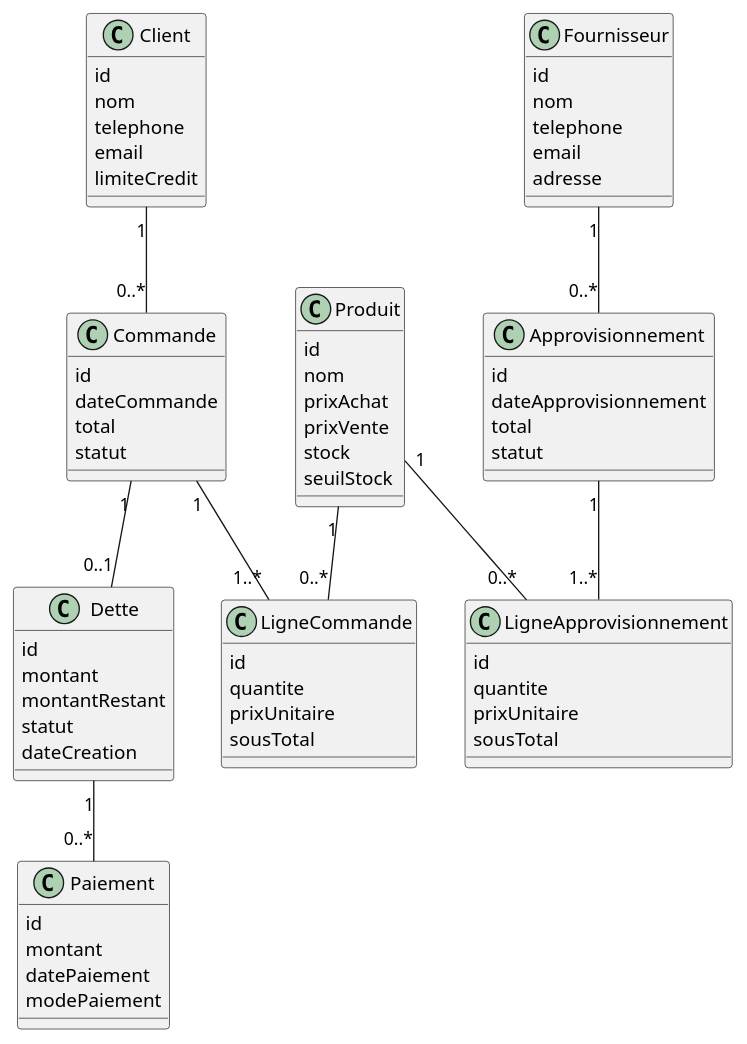
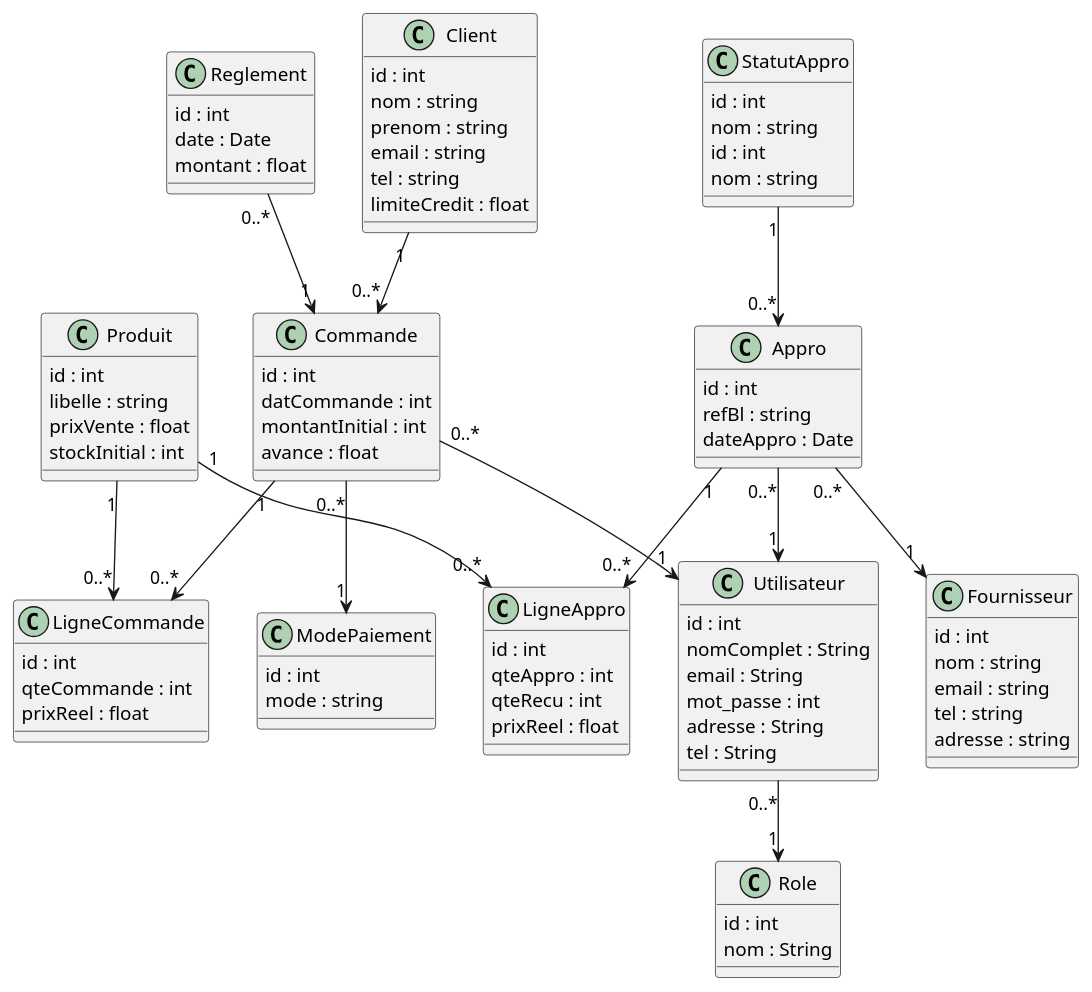
One commit to 123mouhametba123-blip/STORE_MANAGER_PRO changed the diagram in docs/diagrammeClasse.puml. Above: the diagram before and after it, drawn with PlantUML.

Commit message:
docs(uml): ajout des diagrammes de cas d'utilisation et de classes POO

```diff
--- a/docs/diagrammeClasse.puml
+++ b/docs/diagrammeClasse.puml
@@ -1,90 +1,117 @@
-@startuml class
+@startuml Diagramme_Classe_Cotisation
 
-class Produit {
-   id
-   nom
-   prixAchat
-   prixVente
-   stock
-   seuilStock
+class Utilisateur {
+     id : int
+     nomComplet : String
+     email : String
+     mot_passe : int
+     adresse : String
+     tel : String
 }
 
-class Client {
-   id
-   nom
-   telephone
-   email
-   limiteCredit
+class Role {
+     id : int
+     nom : String
 }
 
-class Fournisseur {
-   id
-   nom
-   telephone
-   email
-   adresse
+class Client{
+     id : int
+     nom : string
+     prenom : string
+     email : string
+     tel : string
+     limiteCredit : float
 }
 
-class Commande {
-     id
-     dateCommande
-     total
-     statut
+class Commande{
+     id : int
+     datCommande : int
+     montantInitial : int
+     avance : float
 }
 
-class LigneCommande {
-     id
-     quantite
-     prixUnitaire
-     sousTotal
+
+class StatutAppro{
+     id : int
+     nom : string
 }
 
-class Dette {
-     id
-     montant
-     montantRestant
-     statut
-     dateCreation
+
+class LigneCommande{
+     id : int
+     qteCommande : int
+     prixReel : float
 }
 
-class Paiement {
-     id
-     montant
-     datePaiement
-     modePaiement
+class ModePaiement{
+     id : int
+     mode : string
 }
 
-class Approvisionnement {
-     id
-     dateApprovisionnement
-     total
-     statut
+class Reglement{
+     id : int
+     date : Date
+     montant : float
 }
 
-class LigneApprovisionnement {
-     id
-     quantite
-     prixUnitaire
-     sousTotal
+class Produit{
+     id : int
+     libelle : string
+     prixVente : float
+     stockInitial : int
 }
 
- 
+class Fournisseur{
+    id : int
+    nom : string
+    email : string
+    tel : string
+    adresse : string
+}
 
-Client "1" -- "0..*" Commande
+class StatutAppro{
+     id : int
+     nom : string
+}
 
-Commande "1" -- "1..*" LigneCommande
+class Appro{
+     id : int
+     refBl : string
+     dateAppro : Date
+}
 
-Produit "1" -- "0..*" LigneCommande
-
-Commande "1" -- "0..1" Dette
-
-Dette "1" -- "0..*" Paiement
-
-Fournisseur "1" -- "0..*" Approvisionnement
-
-Approvisionnement "1" -- "1..*" LigneApprovisionnement
-
-Produit "1" -- "0..*" LigneApprovisionnement
+class LigneAppro{
+     id : int
+     qteAppro : int
+     qteRecu : int
+     prixReel : float
+}
 
 
-@enduml
+
+Utilisateur "0..*" --> "1" Role 
+Client "1" --> "0..*" Commande 
+Commande "1" --> "0..*" LigneCommande 
+Produit "1" --> "0..*" LigneCommande 
+
+Appro "0..*" --> "1" Fournisseur 
+Appro "1" --> "0..*" LigneAppro 
+Produit "1" --> "0..*" LigneAppro 
+
+StatutAppro "1" --> "0..*" Appro 
+Commande "0..*" --> "1" ModePaiement 
+Reglement "0..*" --> "1" Commande 
+
+Appro "0..*" --> "1" Utilisateur 
+Commande "0..*" --> "1" Utilisateur 
+
+
+
+
+
+
+
+
+
+
+@endum
```
